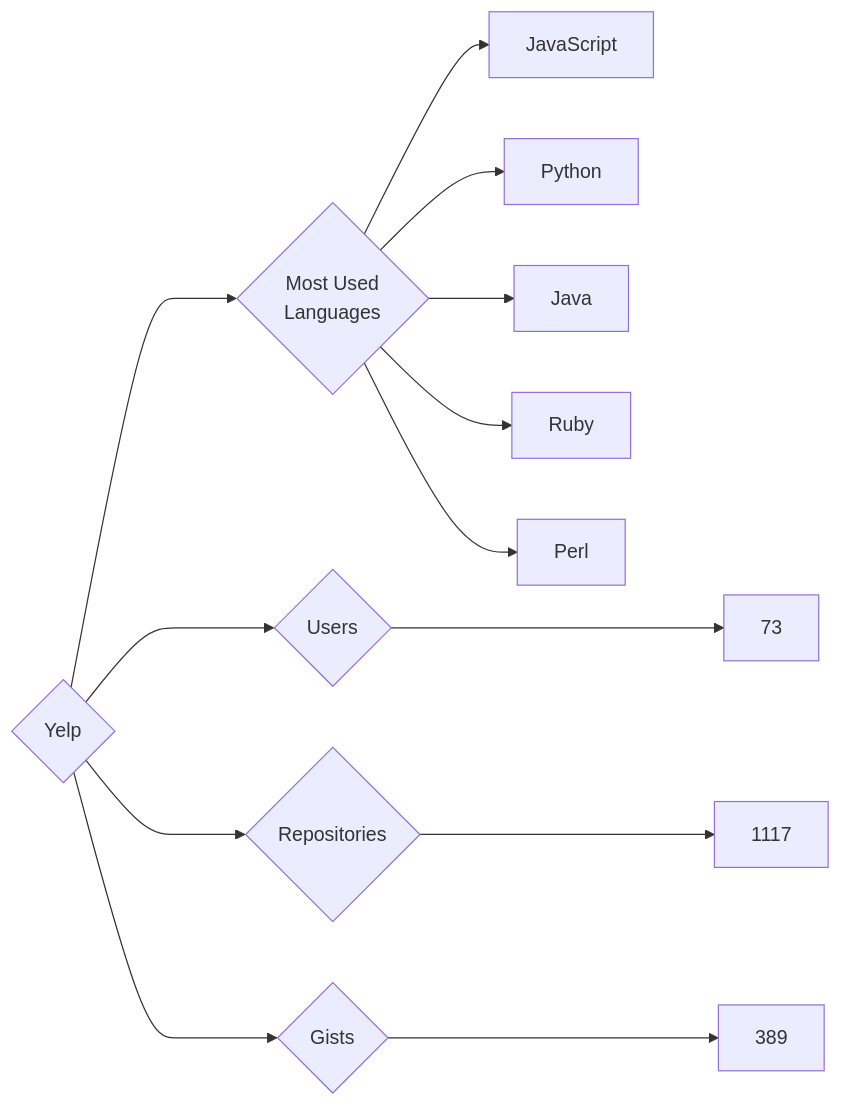
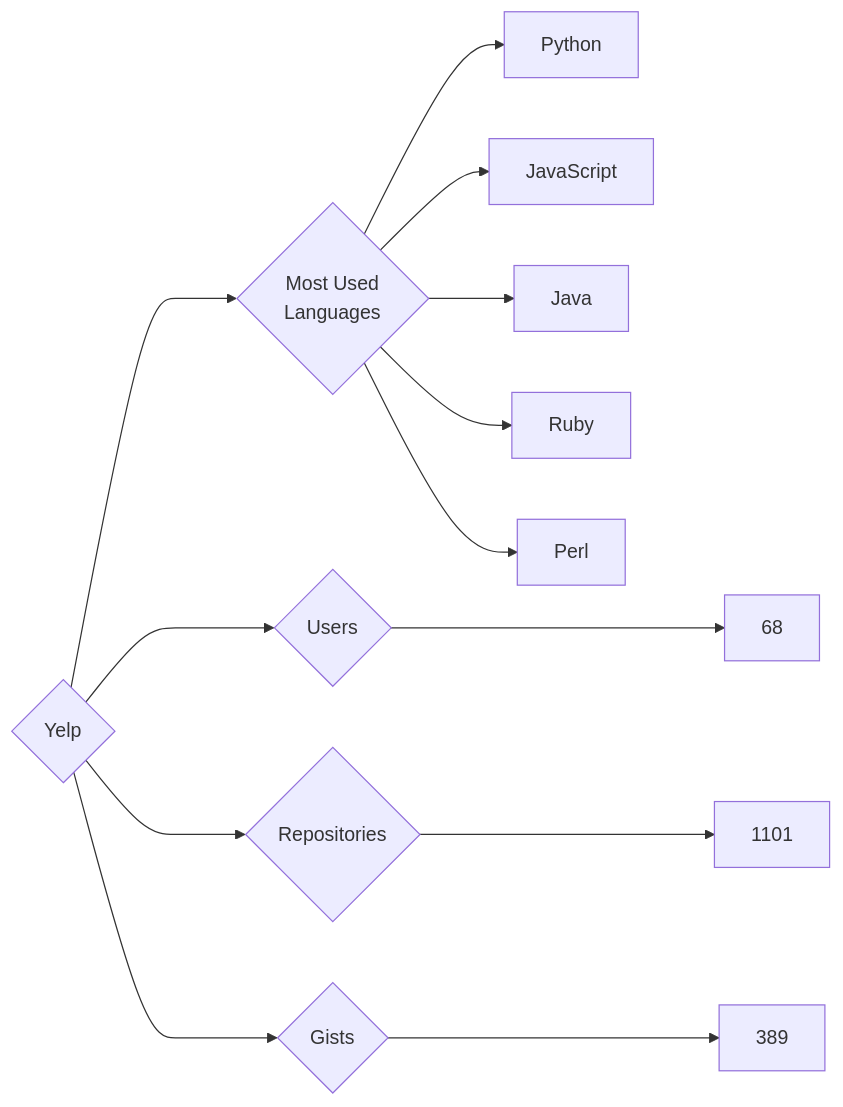
The diagram in targets/Yelp/README.md (trickest/insiders), drawn with Mermaid before and after one commit. The commit also changed 1484 other files, not shown here.

````diff
--- a/targets/Yelp/README.md
+++ b/targets/Yelp/README.md
@@ -3,13 +3,13 @@
 ```mermaid
 graph LR
 COMPANY_NAME{Yelp}
-COMPANY_NAME ---> U{Users} ---> UN[73]
-COMPANY_NAME ---> R{Repositories} ---> RN[1117]
+COMPANY_NAME ---> U{Users} ---> UN[68]
+COMPANY_NAME ---> R{Repositories} ---> RN[1101]
 COMPANY_NAME ---> G{Gists} ---> GN[389]
 COMPANY_NAME ---> ML{Most Used<br>Languages}
+ML --> Python[Python]
 ML --> JavaScript[JavaScript]
-ML --> Python[Python]
 ML --> Java[Java]
 ML --> Ruby[Ruby]
 ML --> Perl[Perl]
 ```
````
